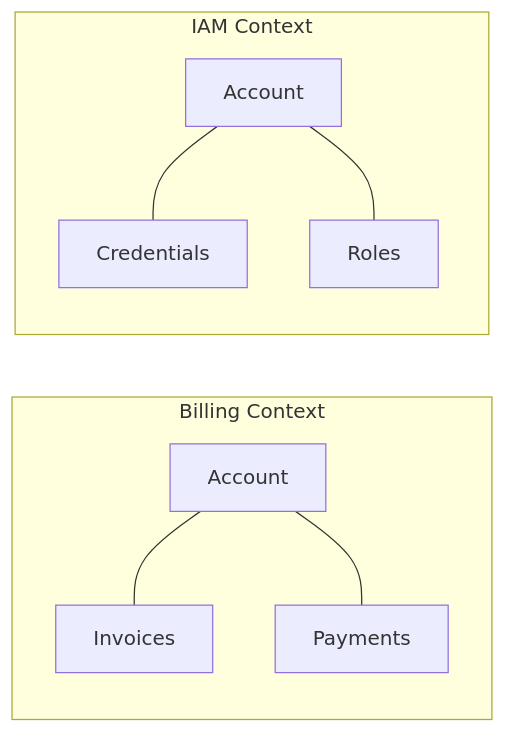
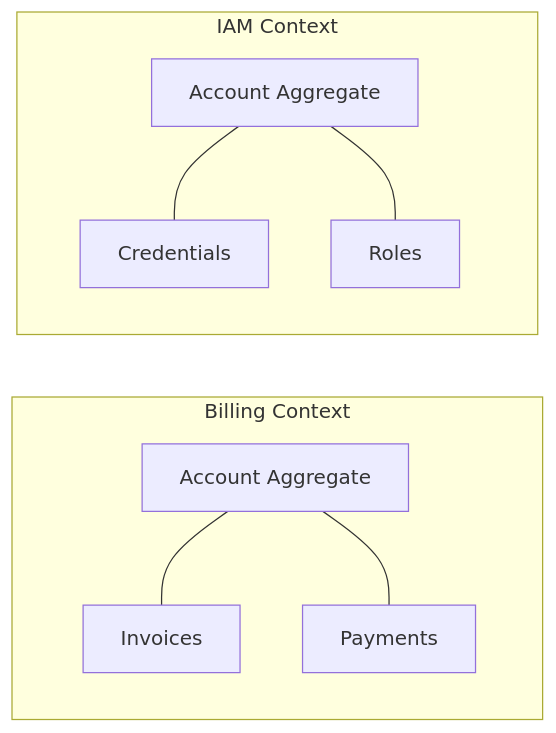
One commit to vaishvanara/techwritingkb changed the diagram in docs/systems-thinking/domain-driven-design.md. Above: the diagram before and after it, drawn with Mermaid. The commit also changed other lines of this file, not shown here.

````diff
--- a/docs/systems-thinking/domain-driven-design.md
+++ b/docs/systems-thinking/domain-driven-design.md
@@ -34,11 +36,11 @@
 ```mermaid
 graph LR
     subgraph BillingContext [Billing Context]
-        B_Account[Account] --- Invoices
+        B_Account[Account Aggregate] --- Invoices
         B_Account --- Payments
     end
     subgraph IAMContext [IAM Context]
-        I_Account[Account] --- Credentials
+        I_Account[Account Aggregate] --- Credentials
         I_Account --- Roles
     end
 ```
````
